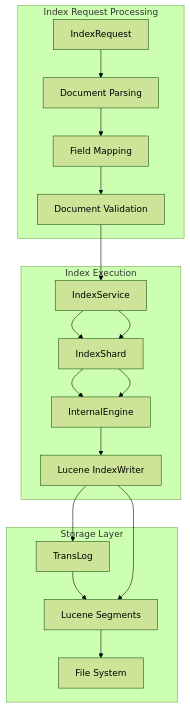
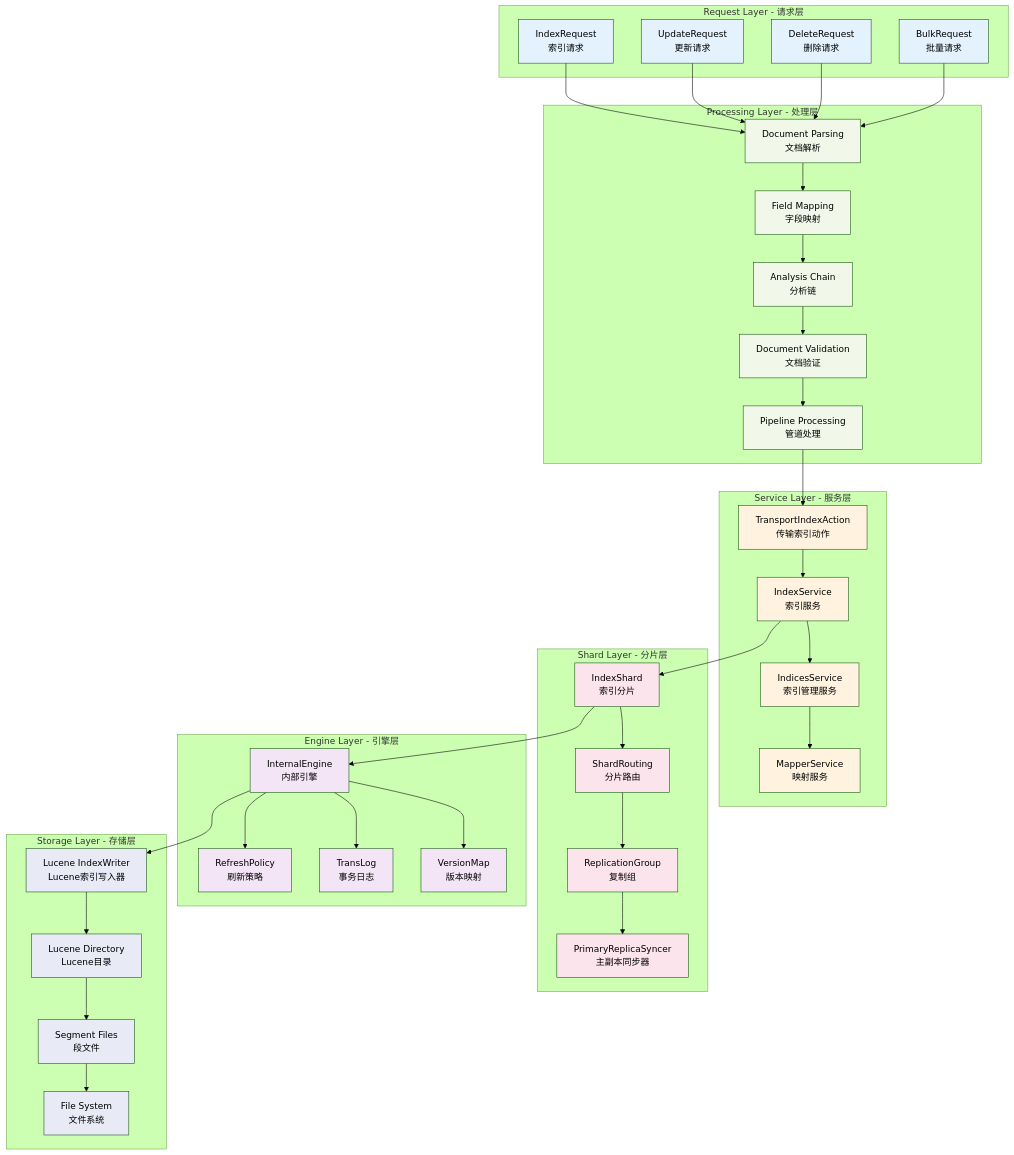
Diagram 11 of 23 in content/posts/elasticsearch-source-analysis.md (haoyunlt/myblog), drawn with Mermaid (forest theme) before and after one commit. The commit also changed other lines of this file and 335 other files, not shown here.

````diff
--- a/content/posts/elasticsearch-source-analysis.md
+++ b/content/posts/elasticsearch-source-analysis.md
@@ -621,25 +3270,91 @@
 ```mermaid
 graph TB
-    subgraph "Index Request Processing"
-        A[IndexRequest] --> B[Document Parsing]
-        B --> C[Field Mapping]
-        C --> D[Document Validation]
+    subgraph "Request Layer - 请求层"
+        A[IndexRequest<br/>索引请求]
+        B[UpdateRequest<br/>更新请求]
+        C[DeleteRequest<br/>删除请求]
+        D[BulkRequest<br/>批量请求]
     end
 
-    subgraph "Index Execution"
-        E[IndexService] --> F[IndexShard]
-        F --> G[InternalEngine]
-        G --> H[Lucene IndexWriter]
+    subgraph "Processing Layer - 处理层"
+        E[Document Parsing<br/>文档解析]
+        F[Field Mapping<br/>字段映射]
+        G[Analysis Chain<br/>分析链]
+        H[Document Validation<br/>文档验证]
+        I[Pipeline Processing<br/>管道处理]
     end
 
-    subgraph "Storage Layer"
-        I[TransLog] --> J[Lucene Segments]
-        J --> K[File System]
-        H --> I
-        H --> J
+    subgraph "Service Layer - 服务层"
+        J[TransportIndexAction<br/>传输索引动作]
+        K[IndexService<br/>索引服务]
+        L[IndicesService<br/>索引管理服务]
+        M[MapperService<br/>映射服务]
     end
 
+    subgraph "Shard Layer - 分片层"
+        N[IndexShard<br/>索引分片]
+        O[ShardRouting<br/>分片路由]
+        P[ReplicationGroup<br/>复制组]
+        Q[PrimaryReplicaSyncer<br/>主副本同步器]
+    end
+
+    subgraph "Engine Layer - 引擎层"
+        R[InternalEngine<br/>内部引擎]
+        S[VersionMap<br/>版本映射]
+        T[TransLog<br/>事务日志]
+        U[RefreshPolicy<br/>刷新策略]
+    end
+
+    subgraph "Storage Layer - 存储层"
+        V[Lucene IndexWriter<br/>Lucene索引写入器]
+        W[Lucene Directory<br/>Lucene目录]
+        X[Segment Files<br/>段文件]
+        Y[File System<br/>文件系统]
+    end
+
+    %% 数据流向
+    A --> E
+    B --> E
+    C --> E
     D --> E
+
     E --> F
     F --> G
+    G --> H
+    H --> I
+
+    I --> J
+    J --> K
+    K --> L
+    L --> M
+
+    K --> N
+    N --> O
+    O --> P
+    P --> Q
+
+    N --> R
+    R --> S
+    R --> T
+    R --> U
+
+    R --> V
+    V --> W
+    W --> X
+    X --> Y
+
+    %% 样式定义
+    classDef requestLayer fill:#e3f2fd
+    classDef processLayer fill:#f1f8e9
+    classDef serviceLayer fill:#fff3e0
+    classDef shardLayer fill:#fce4ec
+    classDef engineLayer fill:#f3e5f5
+    classDef storageLayer fill:#e8eaf6
+
+    class A,B,C,D requestLayer
+    class E,F,G,H,I processLayer
+    class J,K,L,M serviceLayer
+    class N,O,P,Q shardLayer
+    class R,S,T,U engineLayer
+    class V,W,X,Y storageLayer
 ```
````
